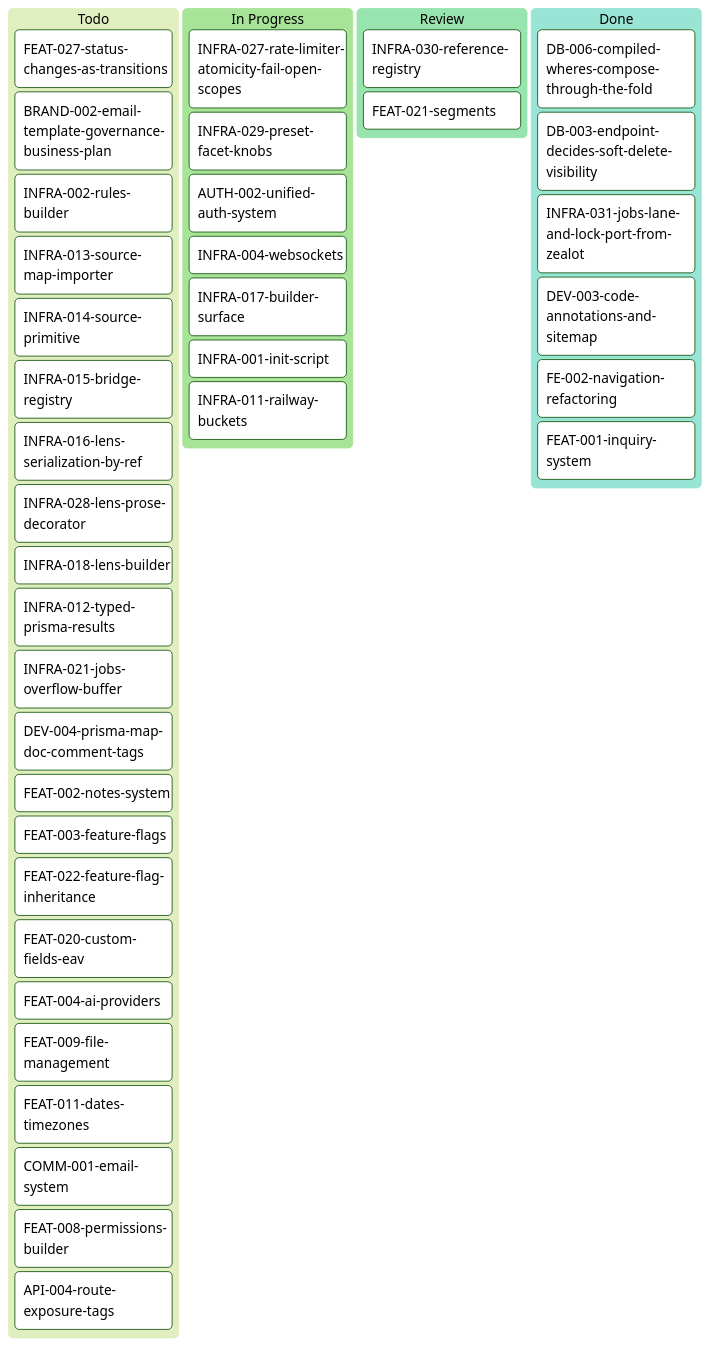
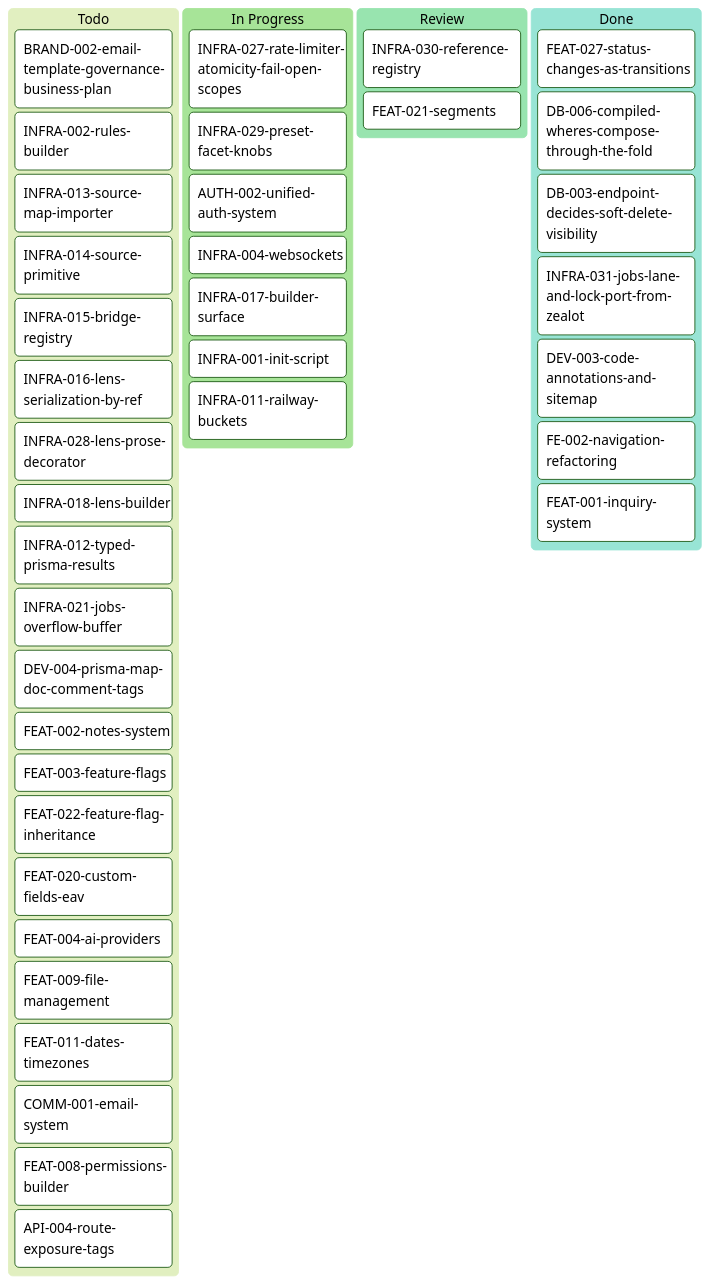
The diagram in tickets/kanban-aron.md (inixiative/template), drawn with Mermaid (forest theme) before and after one commit. The commit also changed other lines of this file and 1 other file, not shown here.

````diff
--- a/tickets/kanban-aron.md
+++ b/tickets/kanban-aron.md
@@ -3,49 +3,49 @@
 ```mermaid
 ---
 config:
   kanban:
     ticketBaseUrl: 'https://github.com/yourorg/template/blob/main/tickets/#TICKET#'
 ---
 kanban
   Todo
-    FEAT-027-status-changes-as-transitions
     BRAND-002-email-template-governance-business-plan
     INFRA-002-rules-builder
     INFRA-013-source-map-importer
     INFRA-014-source-primitive
     INFRA-015-bridge-registry
     INFRA-016-lens-serialization-by-ref
     INFRA-028-lens-prose-decorator
     INFRA-018-lens-builder
     INFRA-012-typed-prisma-results
     INFRA-021-jobs-overflow-buffer
     DEV-004-prisma-map-doc-comment-tags
     FEAT-002-notes-system
     FEAT-003-feature-flags
     FEAT-022-feature-flag-inheritance
     FEAT-020-custom-fields-eav
     FEAT-004-ai-providers
     FEAT-009-file-management
     FEAT-011-dates-timezones
     COMM-001-email-system
     FEAT-008-permissions-builder
     API-004-route-exposure-tags
   In Progress
     INFRA-027-rate-limiter-atomicity-fail-open-scopes
     INFRA-029-preset-facet-knobs
     AUTH-002-unified-auth-system
     INFRA-004-websockets
     INFRA-017-builder-surface
     INFRA-001-init-script
     INFRA-011-railway-buckets
   Review
     INFRA-030-reference-registry
     FEAT-021-segments
   Done
+    FEAT-027-status-changes-as-transitions
     DB-006-compiled-wheres-compose-through-the-fold
     DB-003-endpoint-decides-soft-delete-visibility
     INFRA-031-jobs-lane-and-lock-port-from-zealot
     DEV-003-code-annotations-and-sitemap
     FE-002-navigation-refactoring
     FEAT-001-inquiry-system
 ```
````
